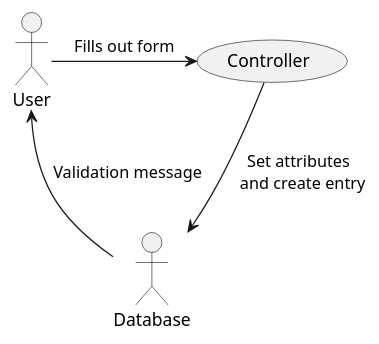
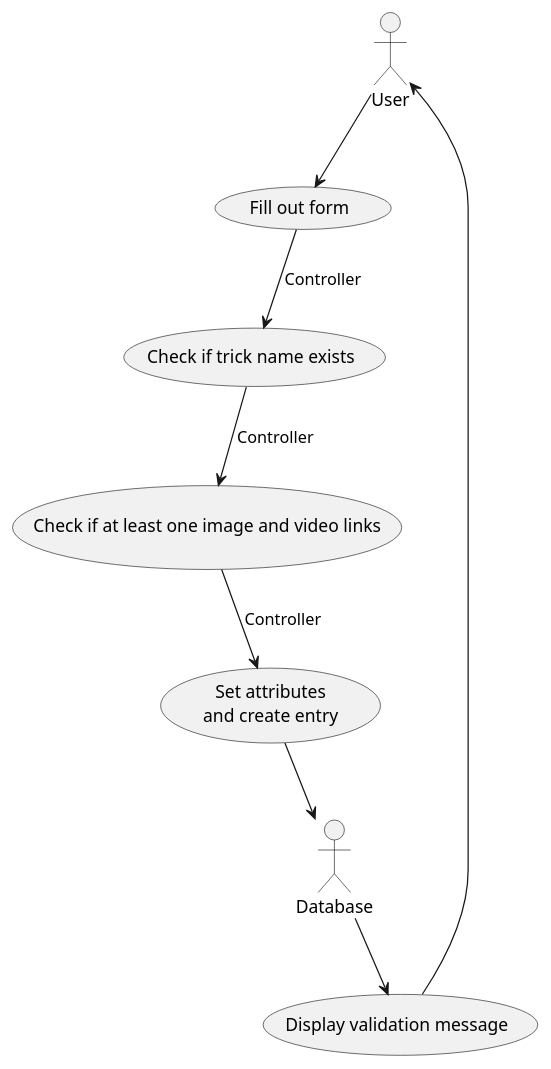
The diagram in UML/Use cases/createTrick.puml (AlexisT37/Snowtricks), drawn with PlantUML before and after one commit. The commit also changed 5 other files, not shown here.

Commit message:
feat: uml remain

```diff
--- a/UML/Use cases/createTrick.puml
+++ b/UML/Use cases/createTrick.puml
@@ -1,26 +1,21 @@
 @startuml createTrick
 
 actor User
 actor Database
 
-usecase Controller
+usecase FillOutForm as "Fill out form"
+usecase CheckTrickName as "Check if trick name exists"
+usecase ValidateLinks as "Check if at least one image and video links"
+usecase SetAttributes as "Set attributes\nand create entry"
+usecase DisplayValidation as "Display validation message"
 
-' class Trick {
-'   name: string
-'   description: string
-'   group: string
-'   imageLink: string
-'   videoLink: string
-'   author: string
-'   dateOfCreation: date
-'   dateOfLastModified: date
-'   discussionChannel: string
-' }
 
-User -> Controller: Fills out form
-
-Controller --> Database: Set attributes \n and create entry
-
-Database --> User: Validation message
+User --> FillOutForm
+FillOutForm --> CheckTrickName : Controller
+CheckTrickName --> ValidateLinks : Controller
+ValidateLinks --> SetAttributes : Controller
+SetAttributes --> Database
+Database --> DisplayValidation
+DisplayValidation --> User
 
 @enduml
```
